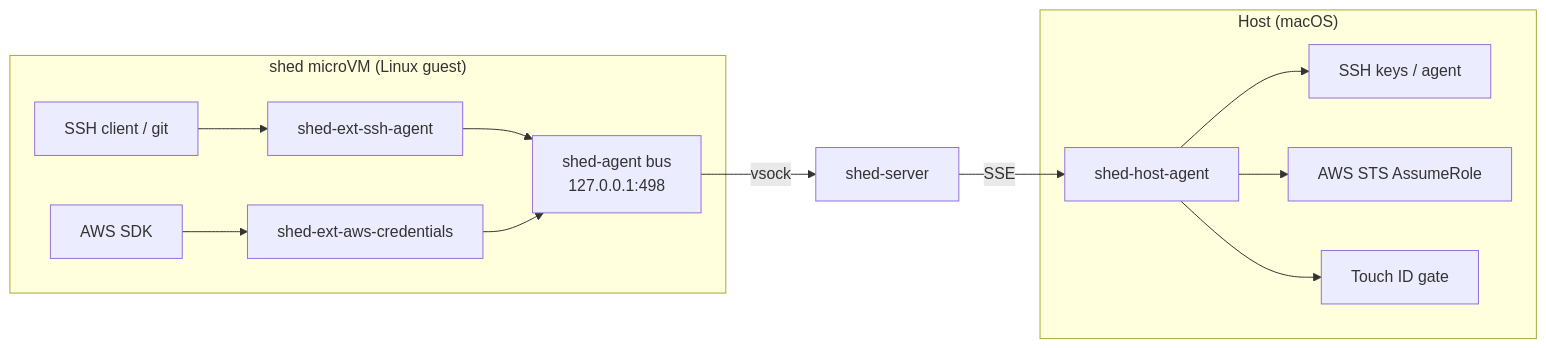
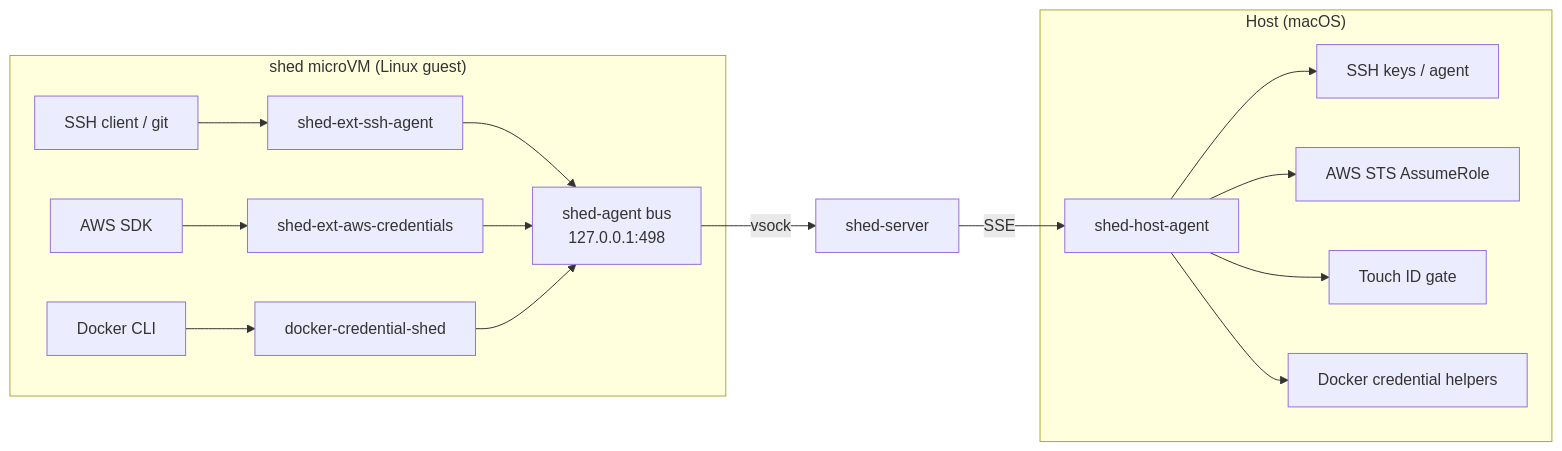
The diagram in docs/index.md (charliek/shed-extensions), drawn with Mermaid before and after one commit. The commit also changed other lines of this file and 22 other files, not shown here.

First line of the commit message:
Add Docker registry credential helper extension (#7)

````diff
--- a/docs/index.md
+++ b/docs/index.md
@@ -13,16 +13,19 @@
 ```mermaid
 graph LR
     subgraph "shed microVM (Linux guest)"
         A[SSH client / git] --> B[shed-ext-ssh-agent]
         C[AWS SDK] --> D[shed-ext-aws-credentials]
+        K[Docker CLI] --> L[docker-credential-shed]
         B --> E[shed-agent bus<br/>127.0.0.1:498]
         D --> E
+        L --> E
     end
     E -->|vsock| F[shed-server]
     F -->|SSE| G[shed-host-agent]
     subgraph "Host (macOS)"
         G --> H[SSH keys / agent]
         G --> I[AWS STS AssumeRole]
         G --> J[Touch ID gate]
+        G --> M[Docker credential helpers]
     end
 ```
````
